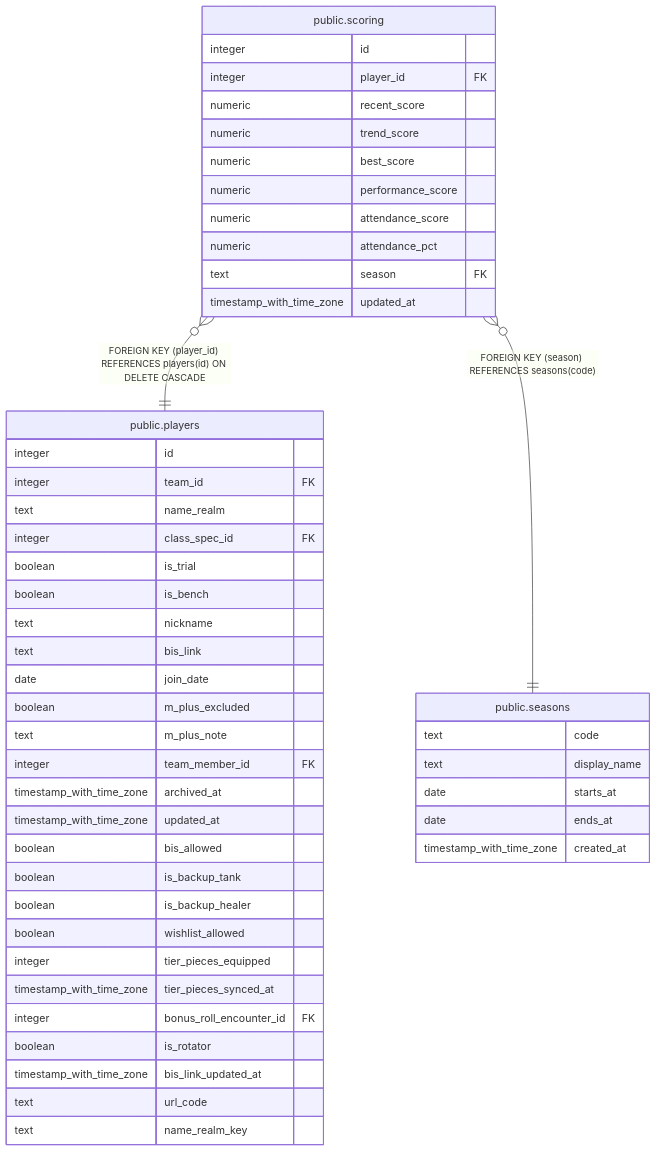
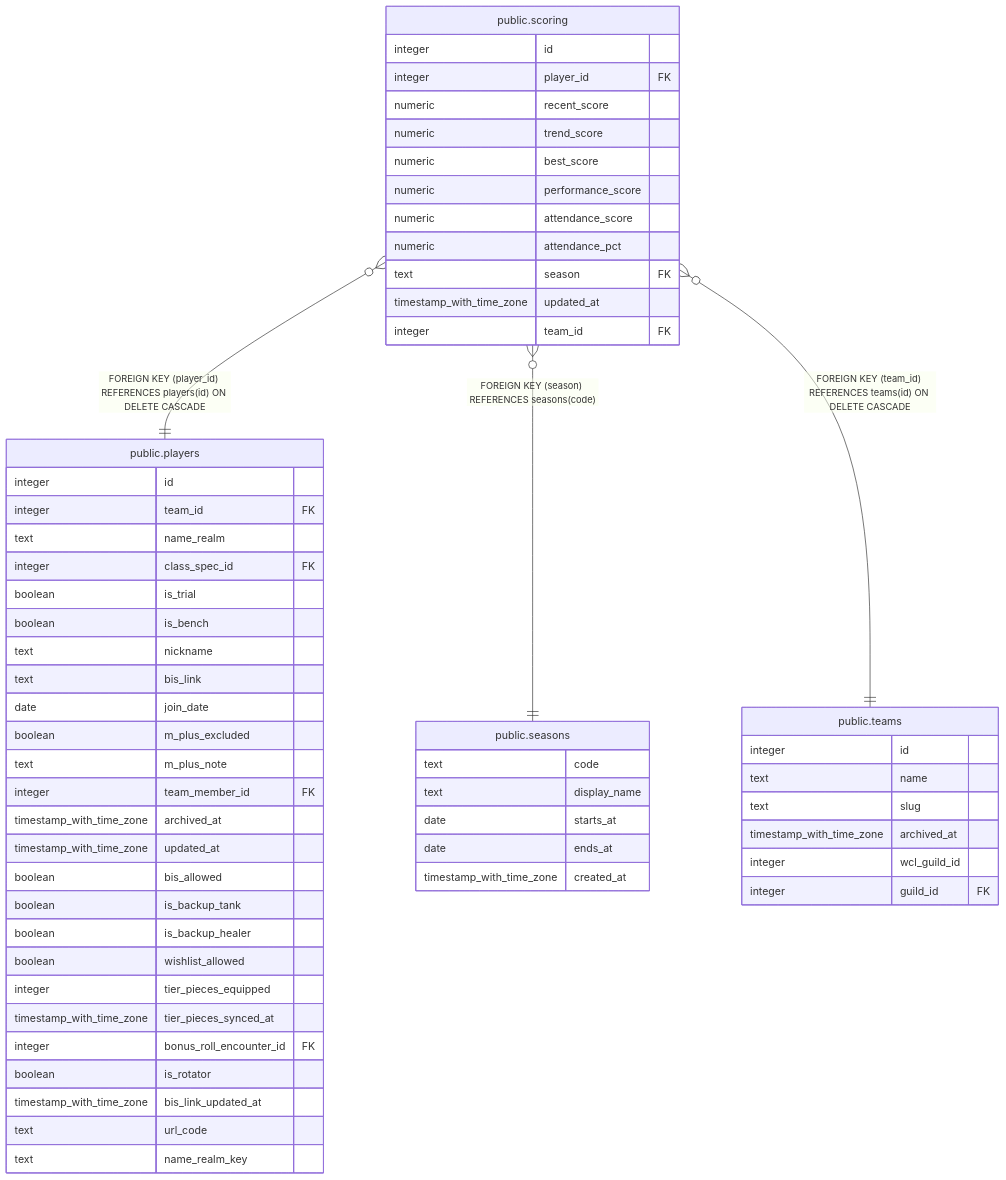
One commit to katogaming88/WGA-Raid-Hub changed the diagram in dbdoc/public.scoring.md. Above: the diagram before and after it, drawn with Mermaid. The commit also changed other lines of this file and 49 other files, not shown here.

First line of the commit message:
scoring and player_equipped_gear carry team_id, and every two-key table runs the team check (v3.144.0) (#1255)

````diff
--- a/dbdoc/public.scoring.md
+++ b/dbdoc/public.scoring.md
@@ -42,53 +45,63 @@
 ```mermaid
 erDiagram
 
 "public.scoring" }o--|| "public.players" : "FOREIGN KEY (player_id) REFERENCES players(id) ON DELETE CASCADE"
 "public.scoring" }o--|| "public.seasons" : "FOREIGN KEY (season) REFERENCES seasons(code)"
+"public.scoring" }o--|| "public.teams" : "FOREIGN KEY (team_id) REFERENCES teams(id) ON DELETE CASCADE"
 
 "public.scoring" {
   integer id
   integer player_id FK
   numeric recent_score
   numeric trend_score
   numeric best_score
   numeric performance_score
   numeric attendance_score
   numeric attendance_pct
   text season FK
   timestamp_with_time_zone updated_at
+  integer team_id FK
 }
 "public.players" {
   integer id
   integer team_id FK
   text name_realm
   integer class_spec_id FK
   boolean is_trial
   boolean is_bench
   text nickname
   text bis_link
   date join_date
   boolean m_plus_excluded
   text m_plus_note
   integer team_member_id FK
   timestamp_with_time_zone archived_at
   timestamp_with_time_zone updated_at
   boolean bis_allowed
   boolean is_backup_tank
   boolean is_backup_healer
   boolean wishlist_allowed
   integer tier_pieces_equipped
   timestamp_with_time_zone tier_pieces_synced_at
   integer bonus_roll_encounter_id FK
   boolean is_rotator
   timestamp_with_time_zone bis_link_updated_at
   text url_code
   text name_realm_key
 }
 "public.seasons" {
   text code
   text display_name
   date starts_at
   date ends_at
   timestamp_with_time_zone created_at
 }
+"public.teams" {
+  integer id
+  text name
+  text slug
+  timestamp_with_time_zone archived_at
+  integer wcl_guild_id
+  integer guild_id FK
+}
 ```
````
